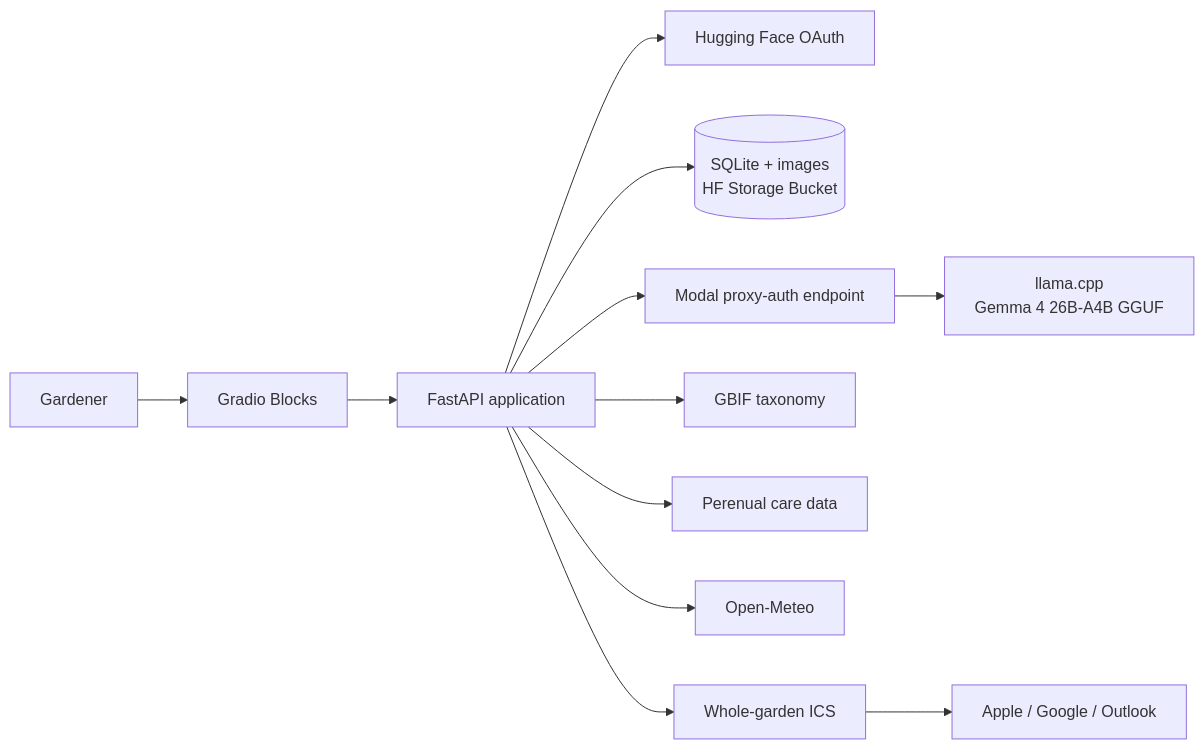
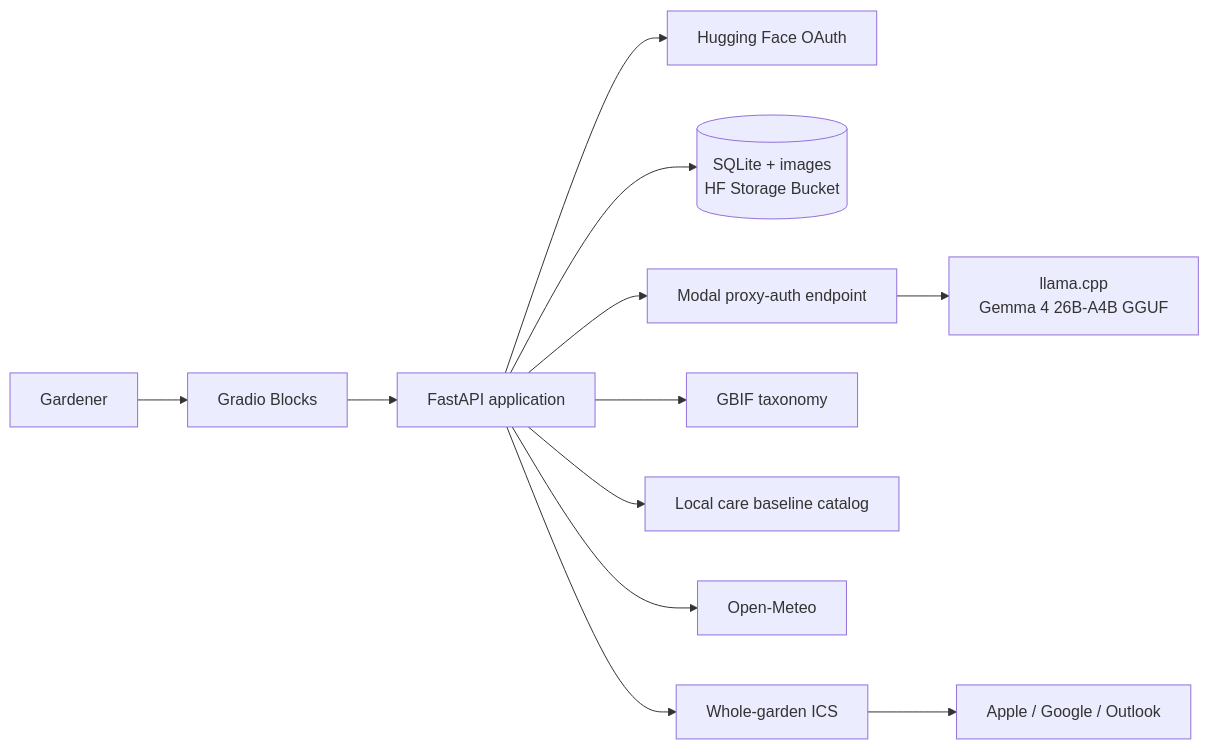
The diagram in docs/architecture.md (hkaraoguz/waterleaf), drawn with Mermaid before and after one commit. The commit also changed other lines of this file and 13 other files, not shown here.

Commit message:
Replace Perenual with local care baselines

````diff
--- a/docs/architecture.md
+++ b/docs/architecture.md
@@ -3,14 +3,14 @@
 ```mermaid
 flowchart LR
     U[Gardener] --> G[Gradio Blocks]
     G --> A[FastAPI application]
     A --> O[Hugging Face OAuth]
     A --> S[(SQLite + images\nHF Storage Bucket)]
     A --> M[Modal proxy-auth endpoint]
     M --> L[llama.cpp\nGemma 4 26B-A4B GGUF]
     A --> B[GBIF taxonomy]
-    A --> P[Perenual care data]
+    A --> P[Local care baseline catalog]
     A --> W[Open-Meteo]
     A --> I[Whole-garden ICS]
     I --> C[Apple / Google / Outlook]
 ```
````
